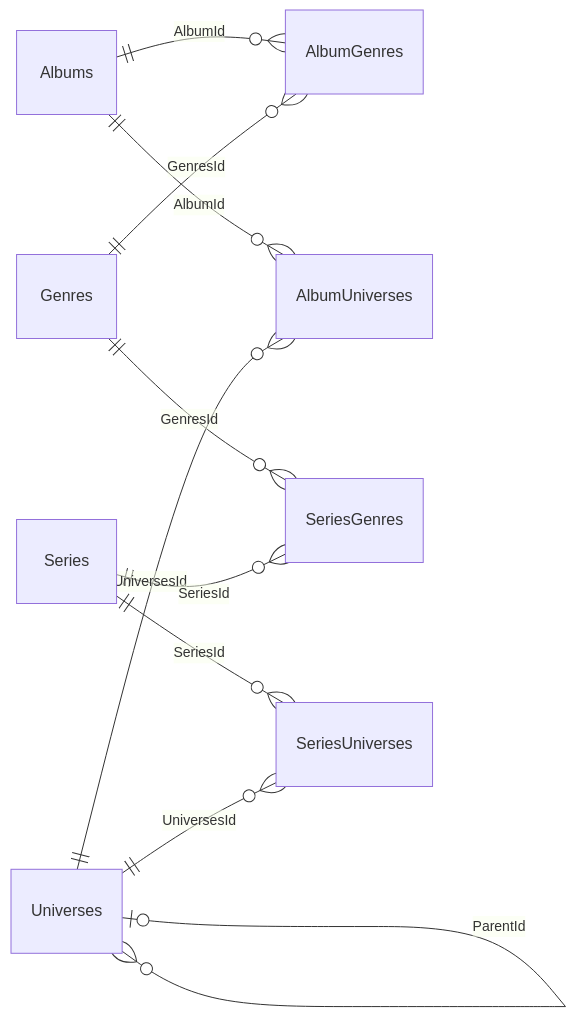
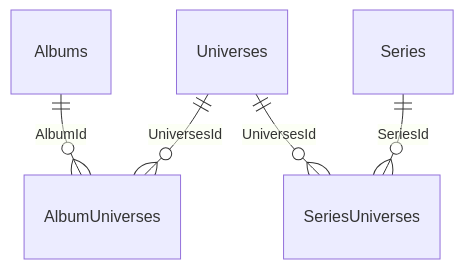
The sixth of 9 diagrams in docs/tech/references/schema-de-la-base.md (Tetram76/bdtheque-claude), drawn with Mermaid before and after one commit. The commit also changed other lines of this file and 4 other files, not shown here.

First line of the commit message:
docs(schema-de-la-base): un schéma des relations par question, sans croisement (#683)

````diff
--- a/docs/tech/references/schema-de-la-base.md
+++ b/docs/tech/references/schema-de-la-base.md
@@ -55,13 +141,18 @@
 ```mermaid
+---
+config:
+  er:
+    nodeSpacing: 60
+    rankSpacing: 60
+---
 erDiagram
-    direction LR
-    Albums ||--o{ AlbumGenres : "AlbumId"
-    Genres ||--o{ AlbumGenres : "GenresId"
+    Albums
+    Universes
+    Series
+    AlbumUniverses
+    SeriesUniverses
     Albums ||--o{ AlbumUniverses : "AlbumId"
     Universes ||--o{ AlbumUniverses : "UniversesId"
-    Genres ||--o{ SeriesGenres : "GenresId"
-    Series ||--o{ SeriesGenres : "SeriesId"
     Series ||--o{ SeriesUniverses : "SeriesId"
     Universes ||--o{ SeriesUniverses : "UniversesId"
-    Universes |o--o{ Universes : "ParentId"
 ```
````
